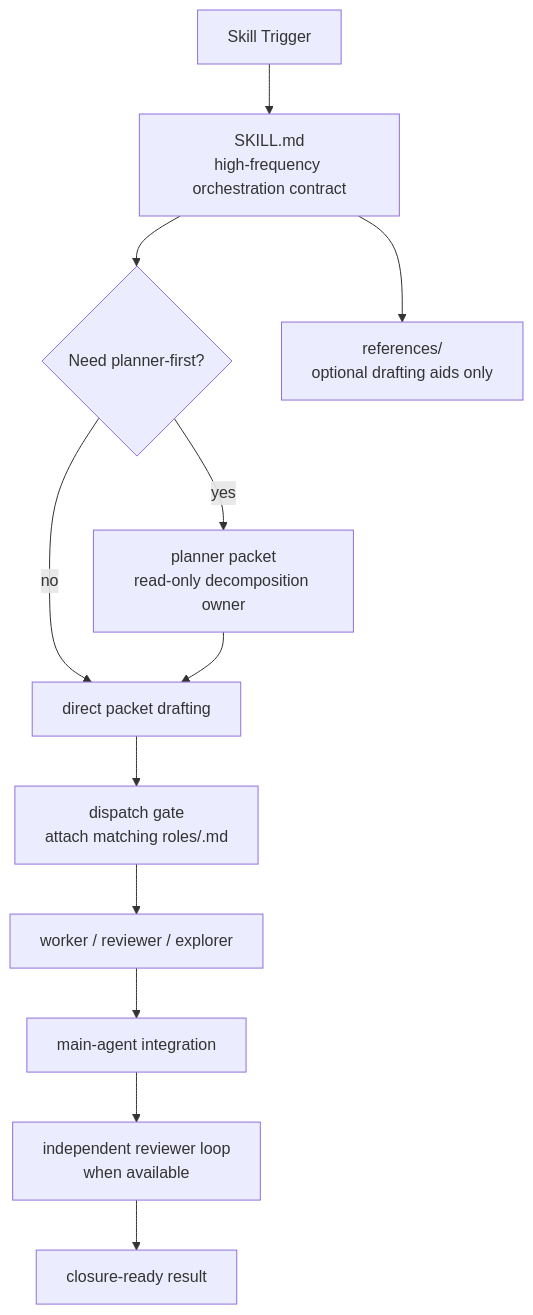
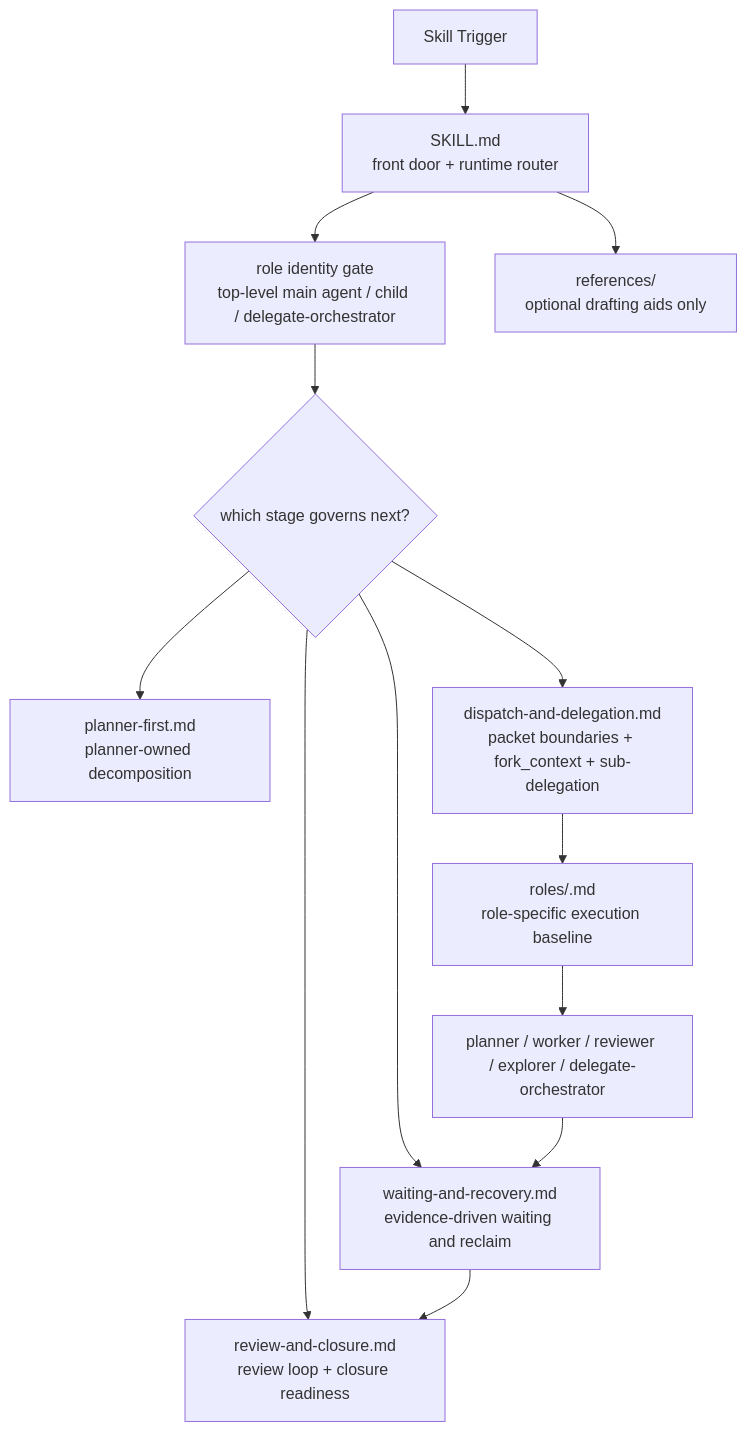
One commit to 1972143344-max/main-subagent-orchestration changed the diagram in README.md. Above: the diagram before and after it, drawn with Mermaid. The commit also changed other lines of this file and 13 other files, not shown here.

Commit message:
Sync latest orchestration skill and refresh docs

````diff
--- a/README.md
+++ b/README.md
@@ -9,14 +9,15 @@
 ```mermaid
 flowchart TD
-    A["Skill Trigger"] --> B["SKILL.md<br/>high-frequency orchestration contract"]
-    B --> C{"Need planner-first?"}
-    C -- "yes" --> D["planner packet<br/>read-only decomposition owner"]
-    C -- "no" --> E["direct packet drafting"]
-    D --> E
-    E --> F["dispatch gate<br/>attach matching roles/<role>.md"]
-    F --> G["worker / reviewer / explorer"]
-    G --> H["main-agent integration"]
-    H --> I["independent reviewer loop<br/>when available"]
-    I --> J["closure-ready result"]
+    A["Skill Trigger"] --> B["SKILL.md<br/>front door + runtime router"]
+    B --> C["role identity gate<br/>top-level main agent / child / delegate-orchestrator"]
+    C --> D{"which stage governs next?"}
+    D --> E["planner-first.md<br/>planner-owned decomposition"]
+    D --> F["dispatch-and-delegation.md<br/>packet boundaries + fork_context + sub-delegation"]
+    D --> G["waiting-and-recovery.md<br/>evidence-driven waiting and reclaim"]
+    D --> H["review-and-closure.md<br/>review loop + closure readiness"]
+    F --> I["roles/<role>.md<br/>role-specific execution baseline"]
+    I --> J["planner / worker / reviewer / explorer / delegate-orchestrator"]
     B --> K["references/<br/>optional drafting aids only"]
+    J --> G
+    G --> H
 ```
````
